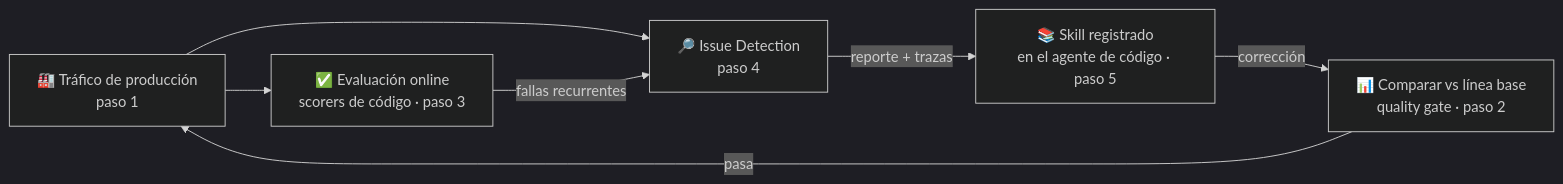
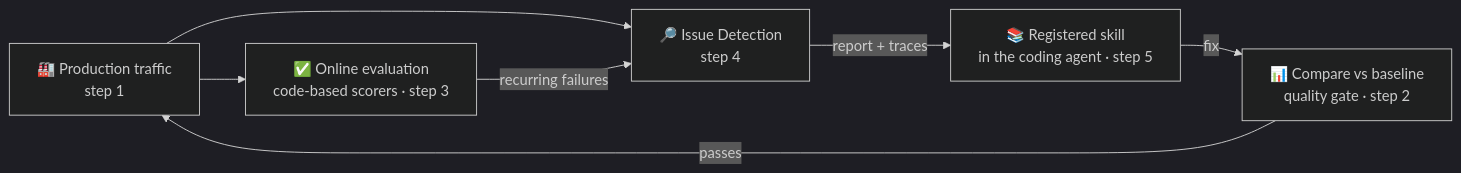
One commit to darkanita/GenAIOps_Pycon2025 changed the diagram in labs/mlflow_318/README.md. Above: the diagram before and after it, drawn with Mermaid (dark theme). The commit also changed other lines of this file and 48 other files, not shown here.

````diff
--- a/labs/mlflow_318/README.md
+++ b/labs/mlflow_318/README.md
@@ -12,9 +10,9 @@
 ```mermaid
 flowchart LR
-    P[🏭 Tráfico de producción<br/>paso 1] --> D[🔎 Issue Detection<br/>paso 4]
-    P --> O[✅ Evaluación online<br/>scorers de código · paso 3]
-    O -->|fallas recurrentes| D
-    D -->|reporte + trazas| S[📚 Skill registrado<br/>en el agente de código · paso 5]
-    S -->|corrección| C[📊 Comparar vs línea base<br/>quality gate · paso 2]
-    C -->|pasa| P
+    P[🏭 Production traffic<br/>step 1] --> D[🔎 Issue Detection<br/>step 4]
+    P --> O[✅ Online evaluation<br/>code-based scorers · step 3]
+    O -->|recurring failures| D
+    D -->|report + traces| S[📚 Registered skill<br/>in the coding agent · step 5]
+    S -->|fix| C[📊 Compare vs baseline<br/>quality gate · step 2]
+    C -->|passes| P
 ```
````
